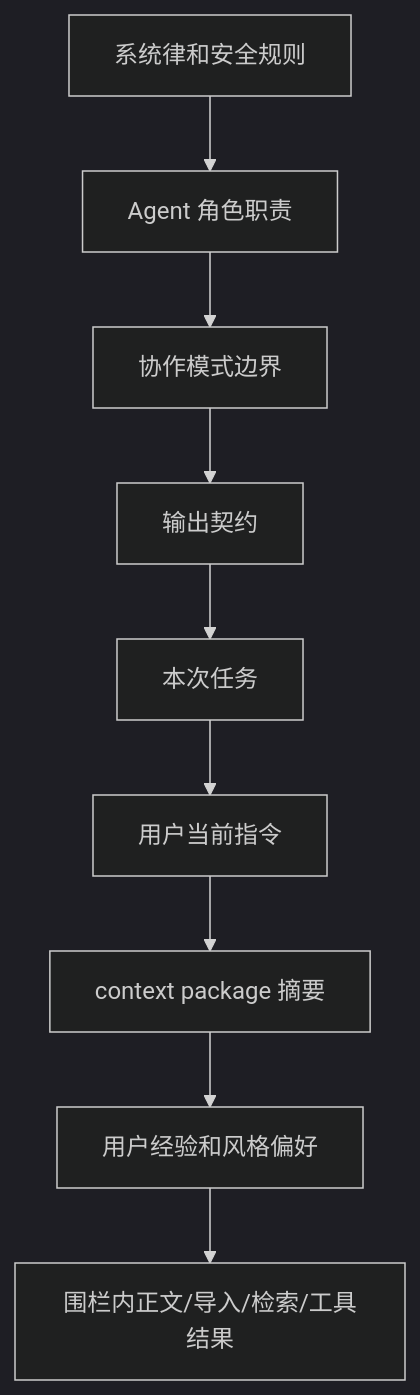
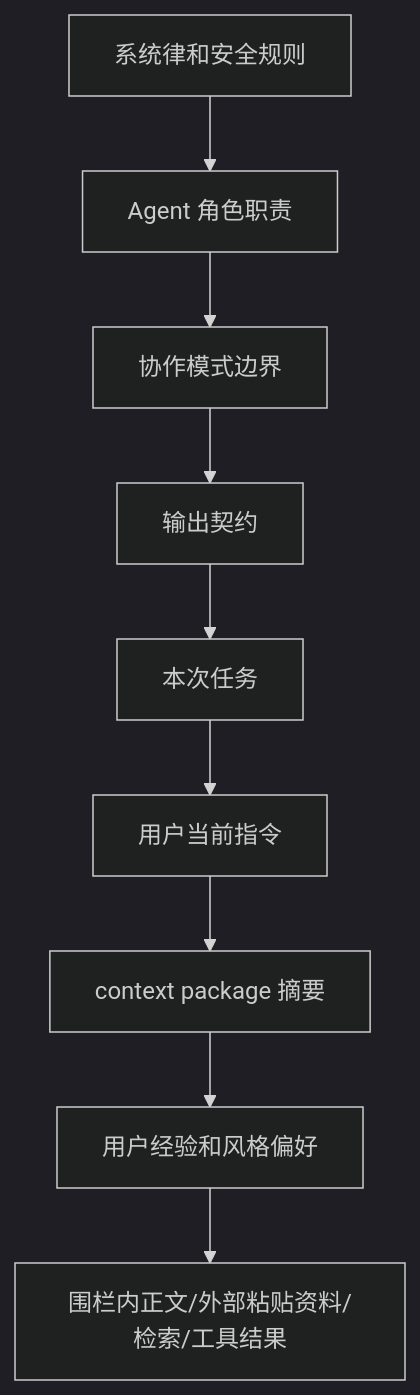
One commit to jinhuang712/open-novel changed the second of 2 diagrams in spec/S08-prompt-system.md. Above: the diagram before and after it, drawn with Mermaid (dark theme). The commit also changed other lines of this file and 38 other files, not shown here.

````diff
--- a/spec/S08-prompt-system.md
+++ b/spec/S08-prompt-system.md
@@ -26,14 +26,14 @@
 ```mermaid
 flowchart TB
   System[系统律和安全规则]
   Role[Agent 角色职责]
   Mode[协作模式边界]
   Output[输出契约]
   Task[本次任务]
   User[用户当前指令]
   Context[context package 摘要]
   Experience[用户经验和风格偏好]
-  Fenced[围栏内正文/导入/检索/工具结果]
+  Fenced[围栏内正文/外部粘贴资料/检索/工具结果]
 
   System --> Role --> Mode --> Output --> Task --> User --> Context --> Experience --> Fenced
 ```
````
